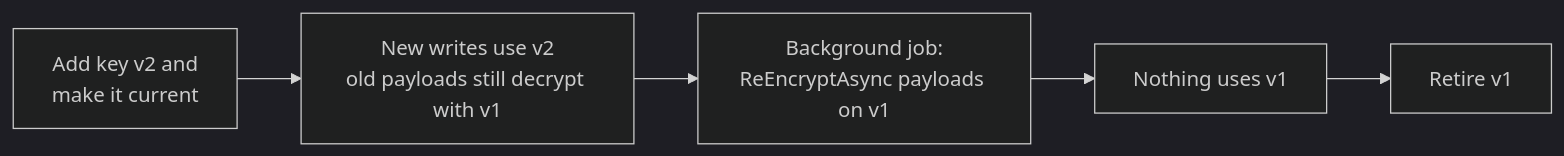
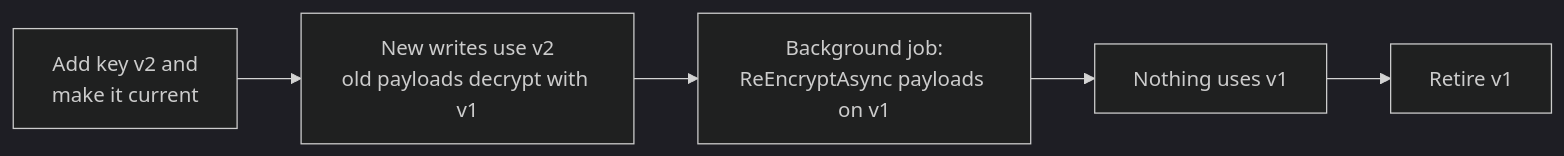
The diagram in 01.Core/SharedKernel.Cryptography/README.md (Gresta-Vertex-Labs/platform-shared-kernel), drawn with Mermaid (dark theme) before and after one commit. The commit also changed other lines of this file and 639 other files, not shown here.

````diff
--- a/01.Core/SharedKernel.Cryptography/README.md
+++ b/01.Core/SharedKernel.Cryptography/README.md
@@ -173,7 +123,6 @@
 ```mermaid
 flowchart LR
-    A["Add key v2 and<br/>make it current"] --> B["New writes use v2<br/>old payloads still decrypt with v1"]
+    A["Add key v2 and<br/>make it current"] --> B["New writes use v2<br/>old payloads decrypt with v1"]
     B --> C["Background job:<br/>ReEncryptAsync payloads on v1"]
-    C --> D["Nothing uses v1"]
-    D --> E["Retire v1"]
+    C --> D["Nothing uses v1"] --> E["Retire v1"]
 ```
````
